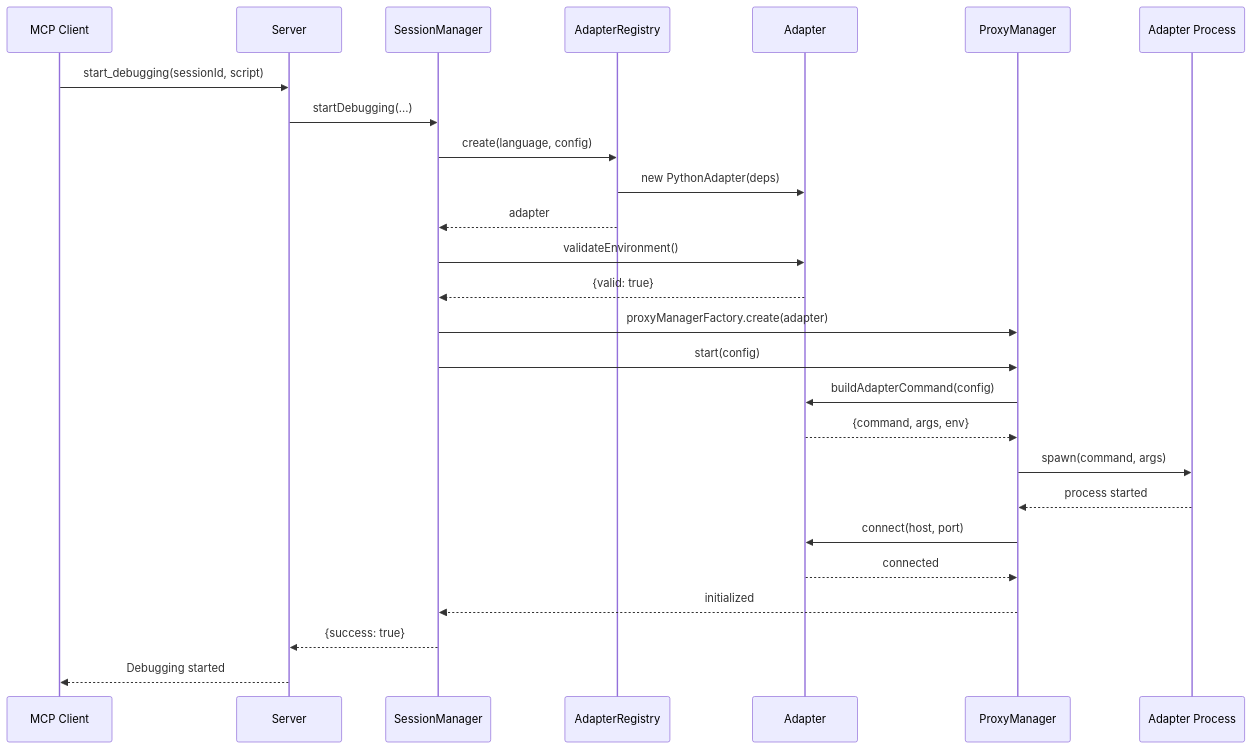
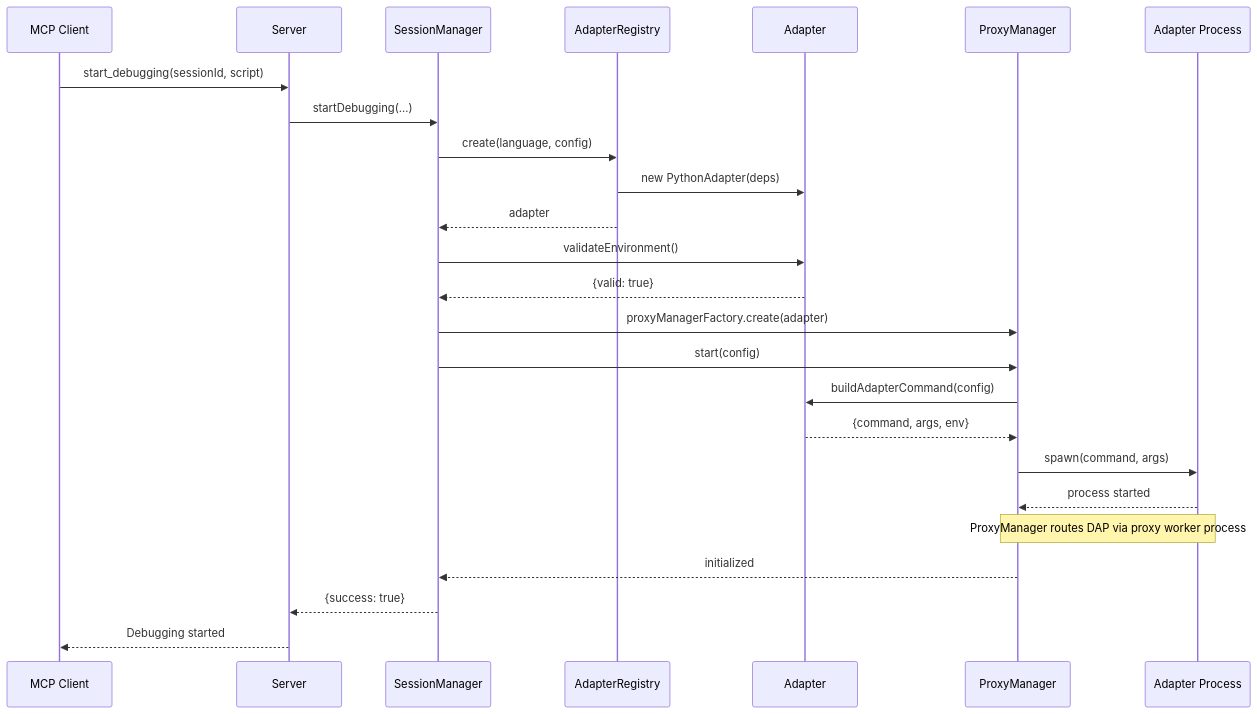
The third of 4 diagrams in docs/architecture/adapter-pattern-design.md (debugmcp/mcp-debugger), drawn with Mermaid before and after one commit. The commit also changed other lines of this file and 107 other files, not shown here.

````diff
--- a/docs/architecture/adapter-pattern-design.md
+++ b/docs/architecture/adapter-pattern-design.md
@@ -204,35 +205,34 @@
 ```mermaid
 sequenceDiagram
     participant C as MCP Client
     participant S as Server
     participant SM as SessionManager
     participant AR as AdapterRegistry
     participant A as Adapter
     participant PM as ProxyManager
     participant AP as Adapter Process
     
     C->>S: start_debugging(sessionId, script)
     S->>SM: startDebugging(...)
     SM->>AR: create(language, config)
     AR->>A: new PythonAdapter(deps)
     AR-->>SM: adapter
     
     SM->>A: validateEnvironment()
     A-->>SM: {valid: true}
     
     SM->>PM: proxyManagerFactory.create(adapter)
     SM->>PM: start(config)
     
     PM->>A: buildAdapterCommand(config)
     A-->>PM: {command, args, env}
     
     PM->>AP: spawn(command, args)
     AP-->>PM: process started
     
-    PM->>A: connect(host, port)
-    A-->>PM: connected
-    
+    Note over PM,AP: ProxyManager routes DAP via proxy worker process
+
     PM-->>SM: initialized
     SM-->>S: {success: true}
     S-->>C: Debugging started
 ```
````
